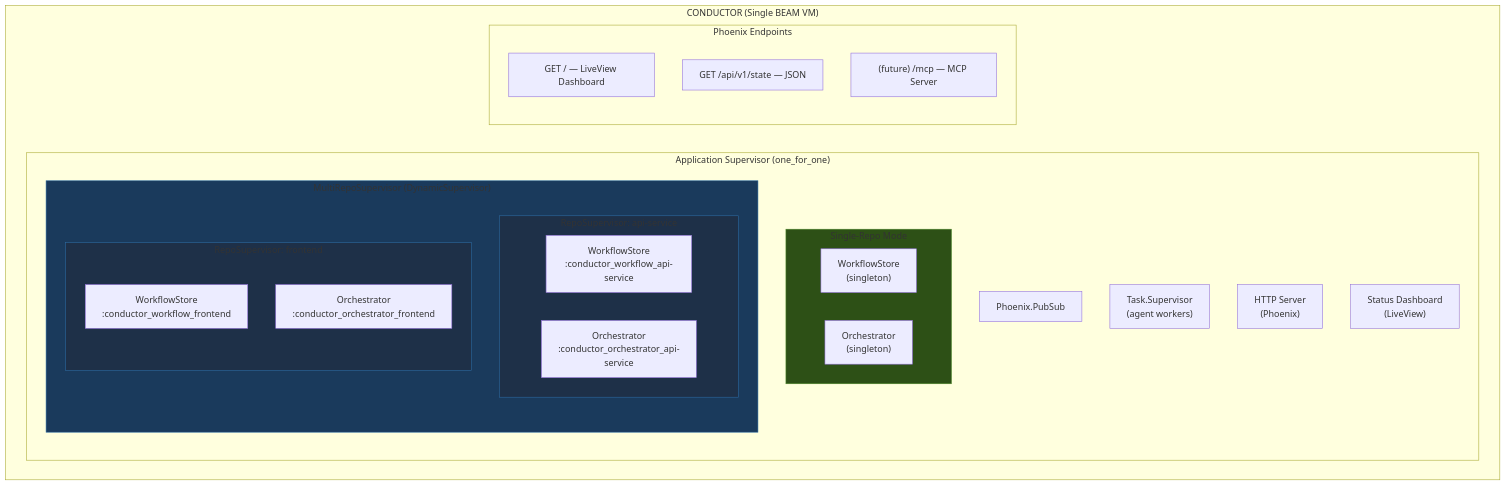
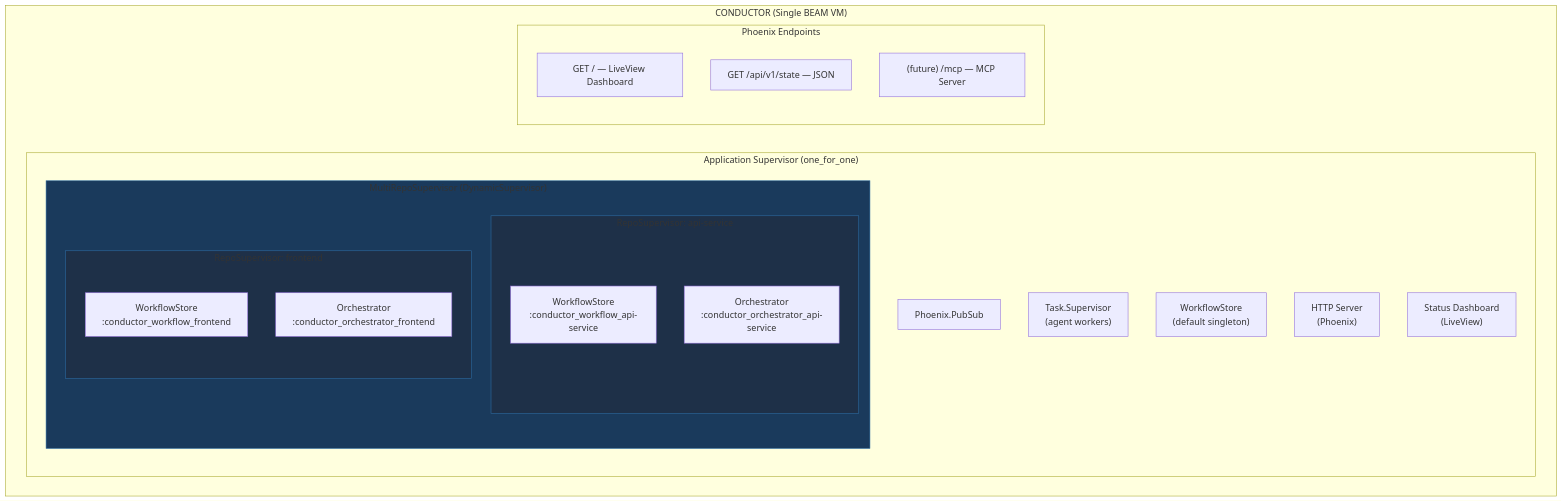
The first of 8 diagrams in docs/ARCHITECTURE.md (xmxdeusltd/symphony), drawn with Mermaid before and after one commit. The commit also changed other lines of this file, not shown here.

First line of the commit message:
docs: update architecture diagrams — remove singleton, single path only

````diff
--- a/docs/ARCHITECTURE.md
+++ b/docs/ARCHITECTURE.md
@@ -9,38 +9,33 @@
 ```mermaid
 graph TB
     subgraph BEAM["CONDUCTOR (Single BEAM VM)"]
         subgraph AppSup["Application Supervisor (one_for_one)"]
             PubSub["Phoenix.PubSub"]
             TaskSup["Task.Supervisor<br/>(agent workers)"]
+            WS_Default["WorkflowStore<br/>(default singleton)"]
             HTTP["HTTP Server<br/>(Phoenix)"]
             Dashboard["Status Dashboard<br/>(LiveView)"]
-
-            subgraph SingleRepo["Single-Repo Mode"]
-                WS_S["WorkflowStore<br/>(singleton)"]
-                Orch_S["Orchestrator<br/>(singleton)"]
-            end
 
             subgraph MRS["MultiRepoSupervisor (DynamicSupervisor)"]
                 subgraph Repo1["RepoSupervisor: api-service"]
                     WS1["WorkflowStore<br/>:conductor_workflow_api-service"]
                     Orch1["Orchestrator<br/>:conductor_orchestrator_api-service"]
                 end
                 subgraph Repo2["RepoSupervisor: frontend"]
                     WS2["WorkflowStore<br/>:conductor_workflow_frontend"]
                     Orch2["Orchestrator<br/>:conductor_orchestrator_frontend"]
                 end
             end
         end
 
         subgraph Phoenix["Phoenix Endpoints"]
             EP1["GET / — LiveView Dashboard"]
             EP2["GET /api/v1/state — JSON"]
             EP3["(future) /mcp — MCP Server"]
         end
     end
 
-    style SingleRepo fill:#2d5016,stroke:#4a8529
     style MRS fill:#1a3a5c,stroke:#2d6ca3
     style Repo1 fill:#1e3048,stroke:#2d6ca3
     style Repo2 fill:#1e3048,stroke:#2d6ca3
 ```
````
